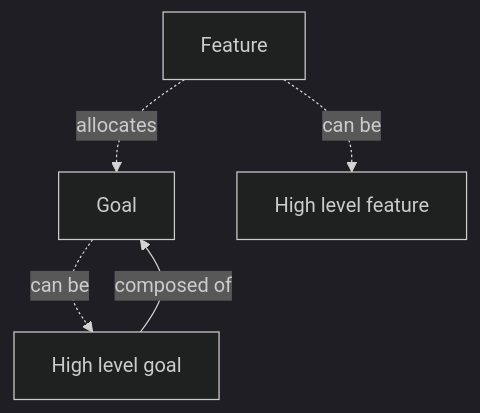
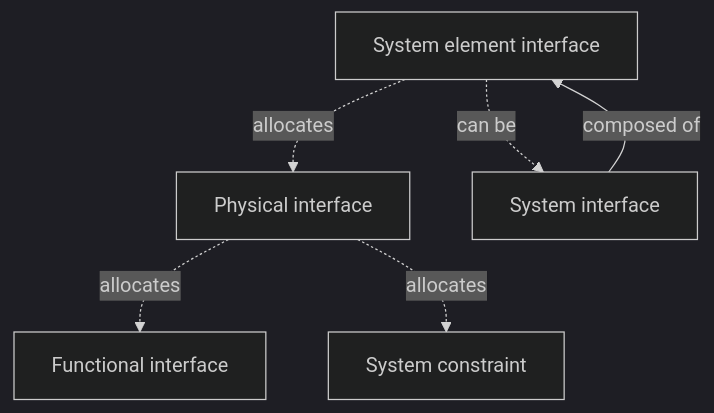
The fourth of 12 diagrams in glossary.md (3se-framework/3se-onto), drawn with Mermaid (dark theme) before and after one commit. The commit also changed other lines of this file, not shown here.

````diff
--- a/glossary.md
+++ b/glossary.md
@@ -1017,12 +1648,14 @@
 ```mermaid
 flowchart TD
-    N1["Feature"]
-    N2["Goal"]
-    N3["High level feature"]
-    N4["High level goal"]
+    N1["Physical interface"]
+    N2["Functional interface"]
+    N3["System constraint"]
+    N4["System element interface"]
+    N5["System interface"]
 
     N1 -.->|allocates| N2
-    N1 -.->|can be| N3
-    N2 -.->|can be| N4
-    N4 -->|composed of| N2
+    N1 -.->|allocates| N3
+    N4 -.->|allocates| N1
+    N4 -.->|can be| N5
+    N5 -->|composed of| N4
 ```
````
